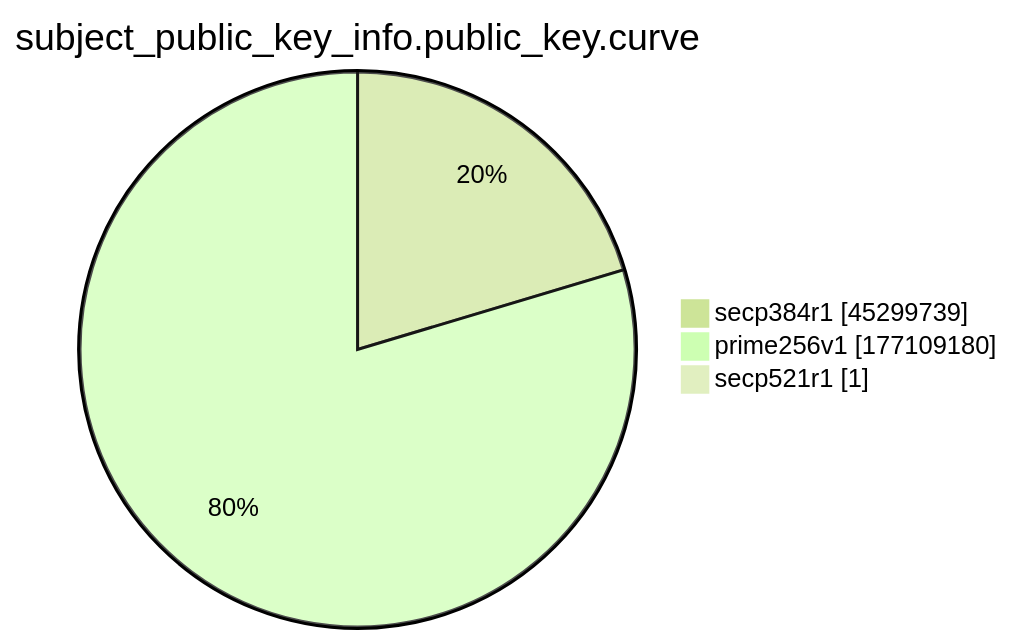
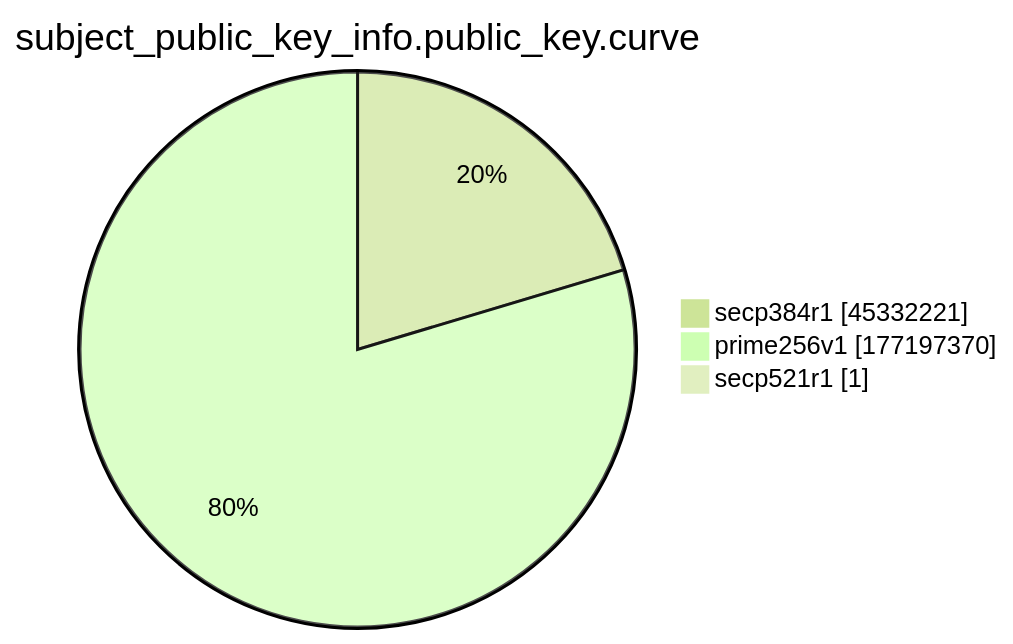
Before and after one commit to christiankrug/ctmonitor_visualization: the ninth of 15 diagrams in xenon2022/README.md, drawn with Mermaid (forest theme). The commit also changed other lines of this file, not shown here.

````diff
--- a/xenon2022/README.md
+++ b/xenon2022/README.md
@@ -2873,7 +2873,7 @@
 ```mermaid
 pie showData
 title subject_public_key_info.public_key.curve
-"secp384r1" :45299739
-"prime256v1" :177109180
+"secp384r1" :45332221
+"prime256v1" :177197370
 "secp521r1" :1
 ```
````
